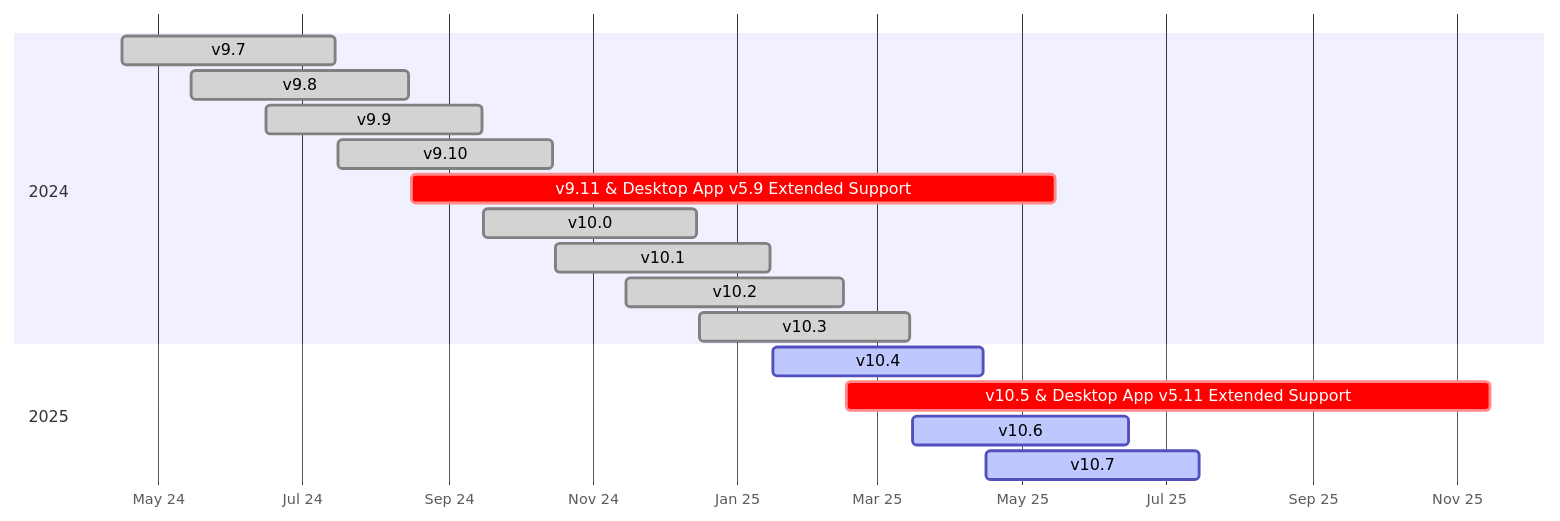
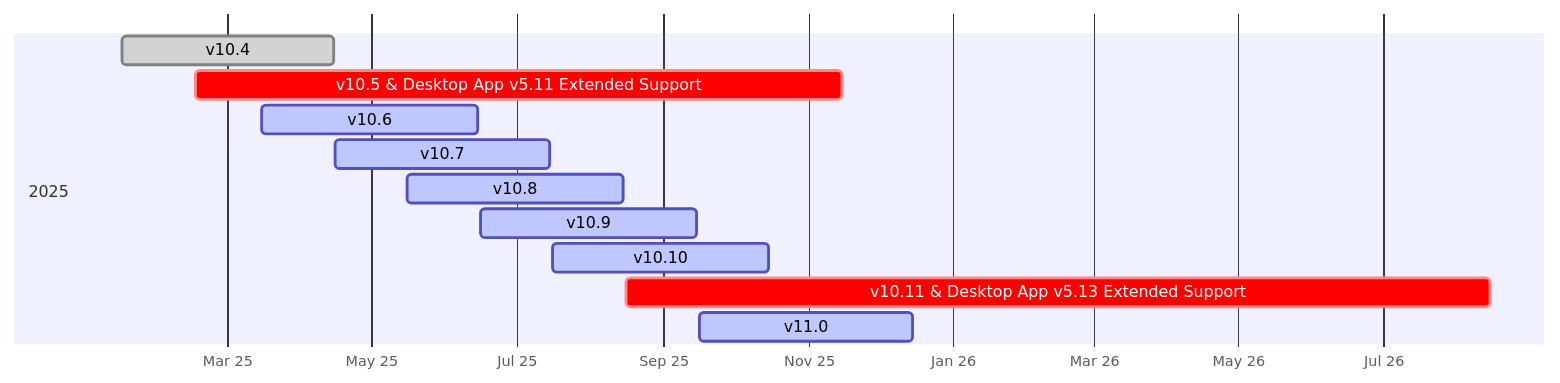
One commit to mattermost/docs changed the diagram in source/about/release-policy.md. Above: the diagram before and after it, drawn with Mermaid.

````diff
--- a/source/about/release-policy.md
+++ b/source/about/release-policy.md
@@ -53,24 +53,18 @@
 ```{mermaid}
 
 gantt
     dateFormat  YYYY-MM-DD
     axisFormat  %b %y
     tickInterval 2month
-    
-    section 2024
-    v9.7                   :done,  2024-04-16, 2024-07-15
-    v9.8                   :done,  2024-05-15, 2024-08-15
-    v9.9                   :done,  2024-06-16, 2024-09-15
-    v9.10                  :done,  2024-07-16, 2024-10-15
-    v9.11 & Desktop App v5.9 Extended Support :crit,    2024-08-16, 2025-05-15
-    v10.0                  :done,    2024-09-16, 2024-12-15
-    v10.1                  :done,    2024-10-16, 2025-01-15
-    v10.2                  :done,  2024-11-15, 2025-02-15
-    v10.3                  :done,  2024-12-16, 2025-03-15
 
     section 2025
-    v10.4                  :active,  2025-01-16, 2025-04-15
+    v10.4                  :done,  2025-01-16, 2025-04-15
     v10.5 & Desktop App v5.11 Extended Support :crit,    2025-02-16, 2025-11-15
     v10.6                  :active, 2025-03-16, 2025-06-15
     v10.7                  :active, 2025-04-16, 2025-07-15
+    v10.8                  :active, 2025-05-16, 2025-08-15
+    v10.9                  :active, 2025-06-16, 2025-09-15
+    v10.10                 :active, 2025-07-16, 2025-10-15
+    v10.11 & Desktop App v5.13 Extended Support :crit,    2025-08-16, 2026-08-15
+    v11.0                  :active, 2025-09-16, 2025-12-15
 ```
````
